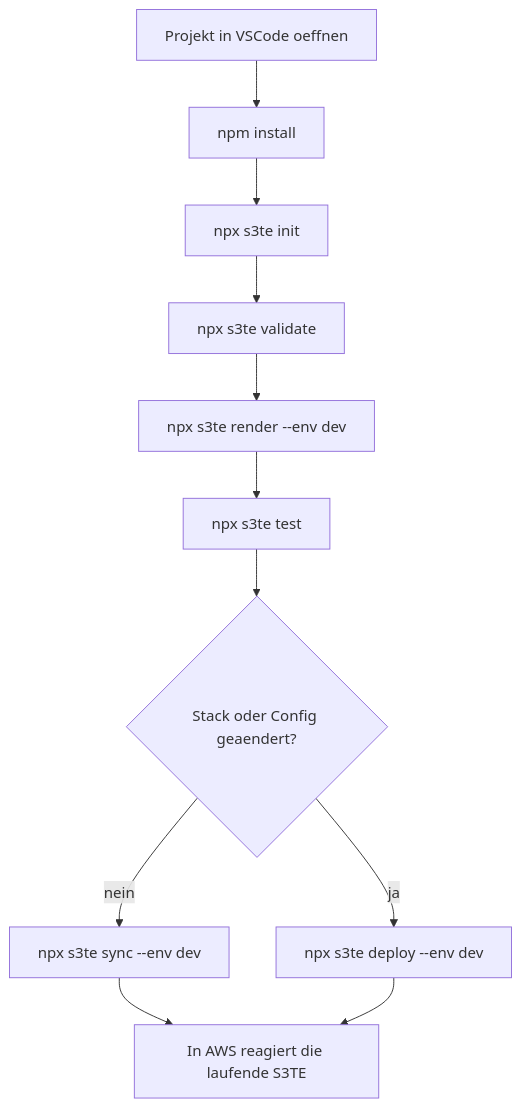
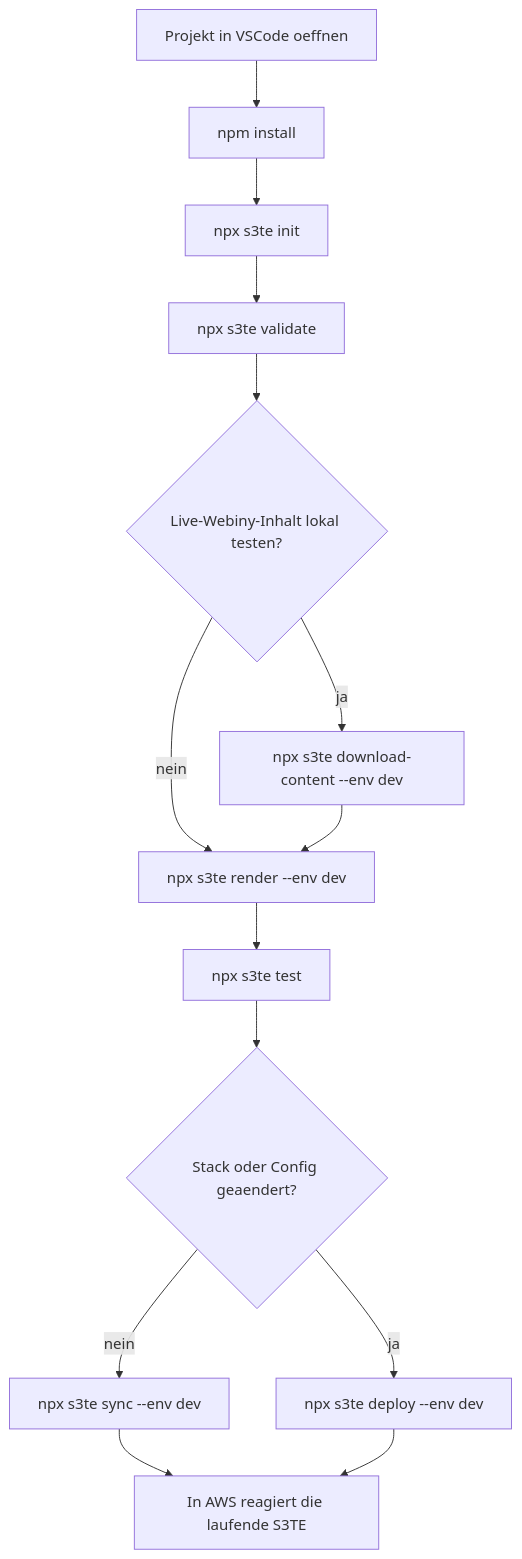
The diagram in docs/local-development.md (ProjectDocHelp/S3TemplateEngine), drawn with Mermaid before and after one commit. The commit also changed other lines of this file and 10 other files, not shown here.

````diff
--- a/docs/local-development.md
+++ b/docs/local-development.md
@@ -138,13 +138,16 @@
 ```mermaid
 flowchart TD
   A[Projekt in VSCode oeffnen] --> B[npm install]
   B --> C[npx s3te init]
   C --> D[npx s3te validate]
-  D --> E[npx s3te render --env dev]
-  E --> F[npx s3te test]
-  F --> G{Stack oder Config geaendert?}
-  G -->|ja| H[npx s3te deploy --env dev]
-  G -->|nein| I[npx s3te sync --env dev]
-  I --> J[In AWS reagiert die laufende S3TE]
-  H --> J
+  D --> E{Live-Webiny-Inhalt lokal testen?}
+  E -->|ja| F[npx s3te download-content --env dev]
+  E -->|nein| G[npx s3te render --env dev]
+  F --> G
+  G --> H[npx s3te test]
+  H --> I{Stack oder Config geaendert?}
+  I -->|ja| J[npx s3te deploy --env dev]
+  I -->|nein| K[npx s3te sync --env dev]
+  K --> L[In AWS reagiert die laufende S3TE]
+  J --> L
 ```
````
